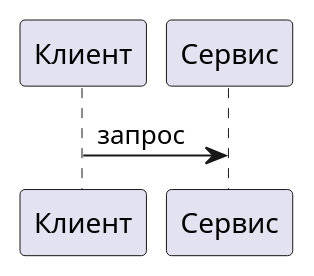
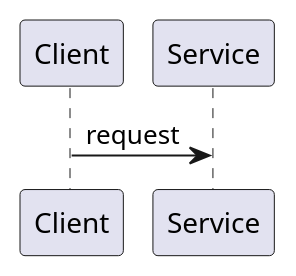
Before and after one commit to smalum/vscode: the diagram in readme.md, drawn with PlantUML. The commit also changed other lines of this file and 3 other files, not shown here.

````diff
--- a/readme.md
+++ b/readme.md
@@ -17,9 +19,9 @@
 ```plantuml
 @startuml
 ' SM: x=120 y=80 w=160 h=60
-participant "Клиент" as C
+participant "Client" as C
 ' SM: x=420 y=80 w=160 h=60
-participant "Сервис" as S
-C -> S: запрос
+participant "Service" as S
+C -> S: request
 @enduml
 ```
````
